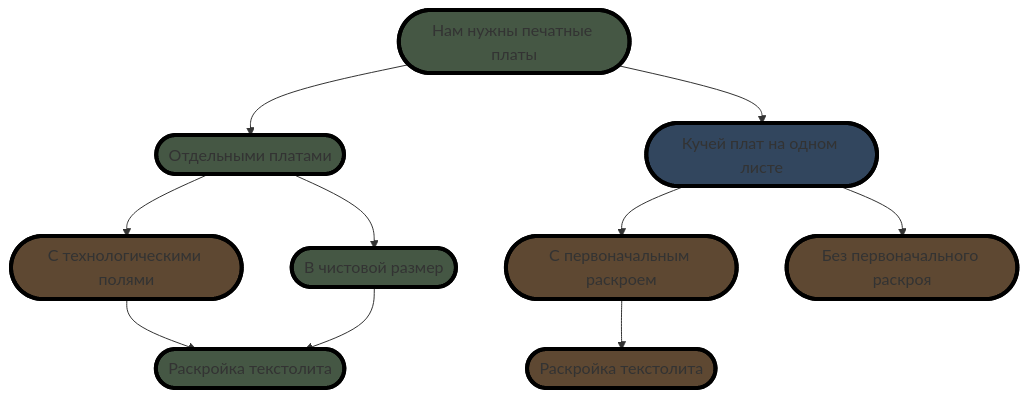
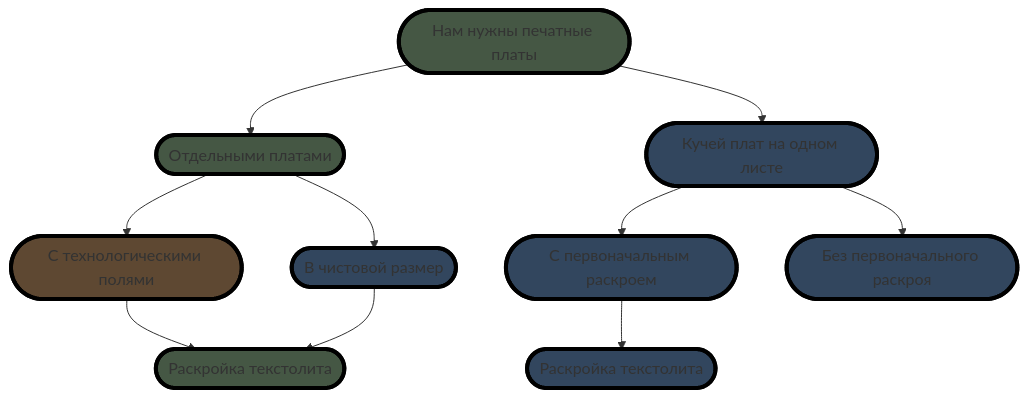
One commit to ufrs12/OLTA-RU changed the second of 2 diagrams in README.md. Above: the diagram before and after it, drawn with Mermaid.

````diff
--- a/README.md
+++ b/README.md
@@ -37,29 +37,29 @@
 ```mermaid
 graph TD;
 classDef class1 fill:#544457, stroke:#000, stroke-width:4px
 classDef class2 fill:#32465e, stroke:#000, stroke-width:4px
 classDef class3 fill:#455744, stroke:#000, stroke-width:4px
 classDef class4 fill:#5e4832, stroke:#000, stroke-width:4px
 classDef class5 fill:#5e3332, stroke:#000, stroke-width:4px
 
     Z([Нам нужны печатные платы]):::class3
     A([Отдельными платами]):::class3
     B([Кучей плат на одном листе]):::class2
     C([С технологическими полями]):::class4
-    D([В чистовой размер]):::class3
-    E([С первоначальным раскроем]):::class4
-    F([Без первоначального раскроя]):::class4
+    D([В чистовой размер]):::class2
+    E([С первоначальным раскроем]):::class2
+    F([Без первоначального раскроя]):::class2
     G([Раскройка текстолита]):::class3
-    H([Раскройка текстолита]):::class4
+    H([Раскройка текстолита]):::class2
     Z-->A;
     Z-->B;
 
     A-->C;
     A-->D;
     C-->G;
     D-->G;
 
     B-->E;
     B-->F;
     E-->H;
 ```
````
